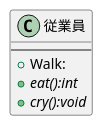
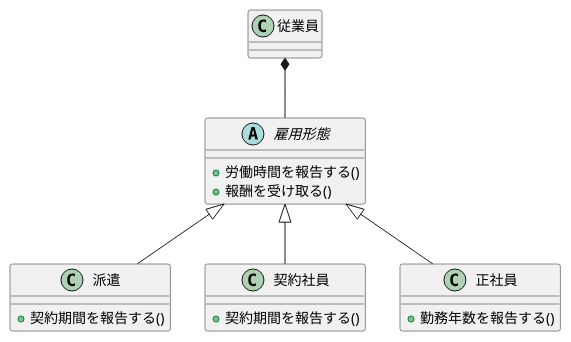
The diagram in 演習3-1_CL_雇用形態.pu (yutta444/uml-introduction), drawn with PlantUML before and after one commit. The commit also changed 1 other file, not shown here.

```diff
--- a/演習3-1_CL_雇用形態.pu
+++ b/演習3-1_CL_雇用形態.pu
@@ -1,9 +1,28 @@
-@startuml 雇用
-class 従業員{
----
-+ Walk:
-+ {abstract} eat():int
-+ {abstract} cry():void
+@startuml
+
+class 従業員
+
+abstract class 雇用形態 {
+    +労働時間を報告する()
+    +報酬を受け取る()
 }
 
+class 派遣 {
+    +契約期間を報告する()
+}
+
+class 契約社員 {
+    +契約期間を報告する()
+}
+
+class 正社員 {
+    +勤務年数を報告する()
+}
+
+雇用形態 <|-- 派遣
+雇用形態 <|-- 契約社員
+雇用形態 <|-- 正社員
+
+従業員 *-- 雇用形態
+
 @enduml
```
